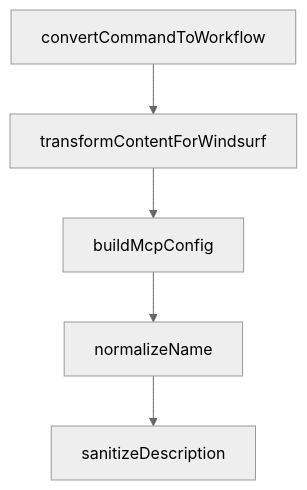
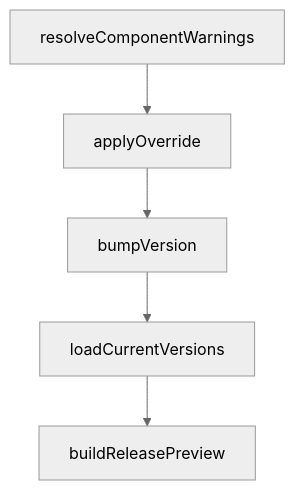
The diagram in tutorials/compound-engineering-plugin-tutorial/05-mcp-integrations-and-browser-automation.md (johnxie/awesome-code-docs), drawn with Mermaid (neutral theme) before and after one commit. The commit also changed other lines of this file and 1232 other files, not shown here.

````diff
--- a/tutorials/compound-engineering-plugin-tutorial/05-mcp-integrations-and-browser-automation.md
+++ b/tutorials/compound-engineering-plugin-tutorial/05-mcp-integrations-and-browser-automation.md
@@ -220,12 +218,12 @@
 ```mermaid
 flowchart TD
-    A[convertCommandToWorkflow]
-    B[transformContentForWindsurf]
-    C[buildMcpConfig]
-    D[normalizeName]
-    E[sanitizeDescription]
+    A[resolveComponentWarnings]
+    B[applyOverride]
+    C[bumpVersion]
+    D[loadCurrentVersions]
+    E[buildReleasePreview]
     A --> B
     B --> C
     C --> D
     D --> E
 ```
````
